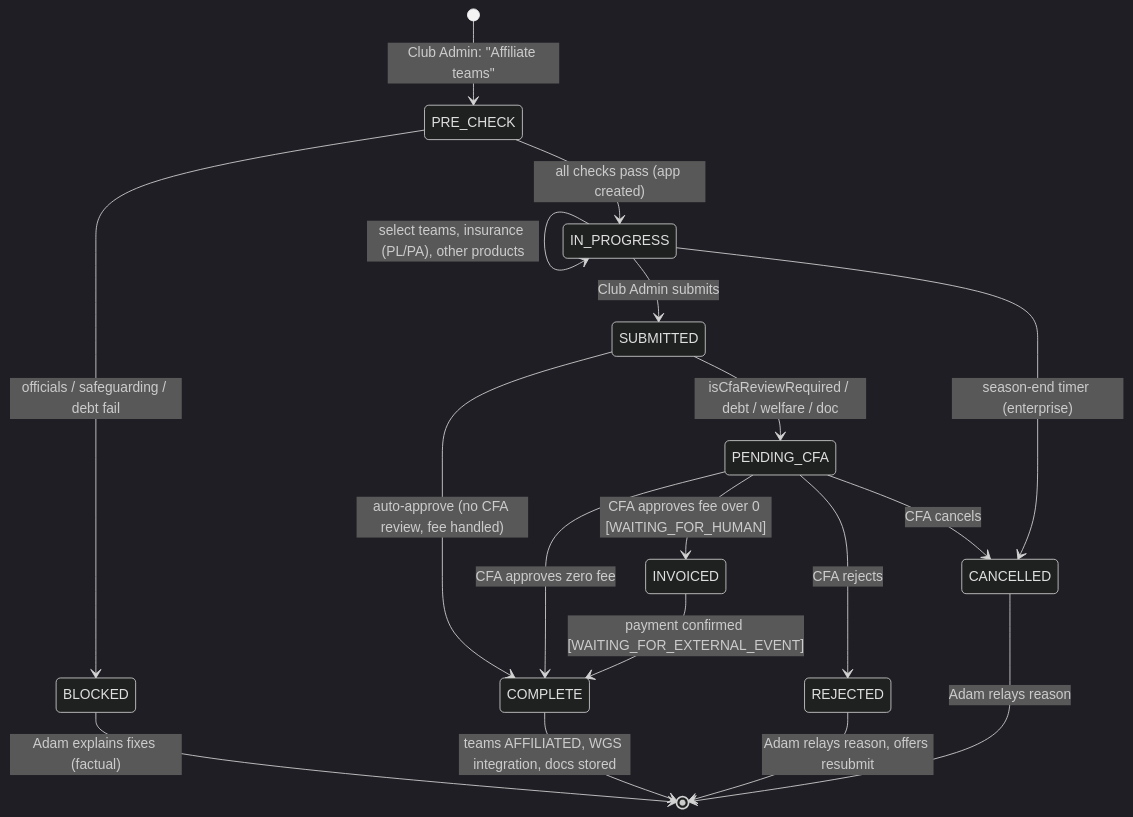
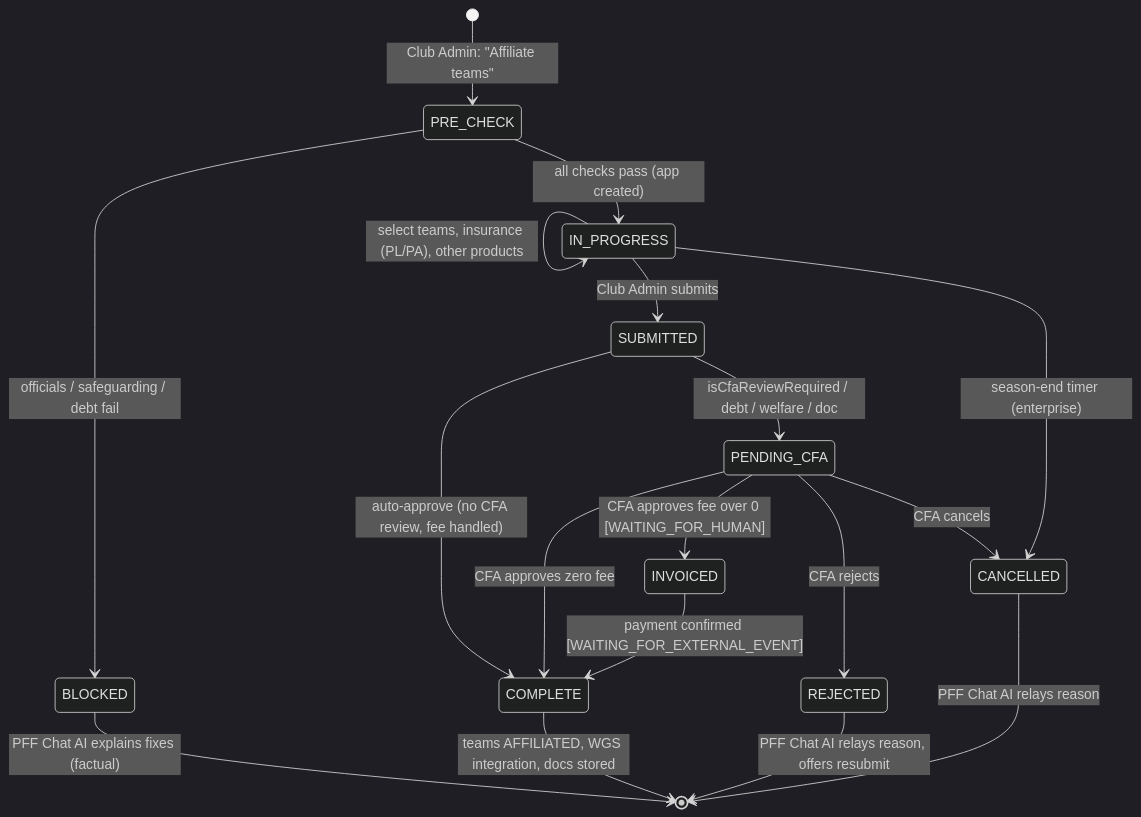
Diagram 34 of 38 in docs/ppt/c4-architecture-diagrams.md (gobimca87/PF-FT), drawn with Mermaid (dark theme) before and after one commit. The commit also changed other lines of this file and 203 other files, not shown here.

First line of the commit message:
refactor(persona): rename chat persona "Adam AI" to "PFF Chat AI" everywhere

````diff
--- a/docs/ppt/c4-architecture-diagrams.md
+++ b/docs/ppt/c4-architecture-diagrams.md
@@ -1834,20 +1834,20 @@
 ```mermaid
 stateDiagram-v2
     [*] --> PRE_CHECK: Club Admin: "Affiliate teams"
     PRE_CHECK --> BLOCKED: officials / safeguarding / debt fail
-    BLOCKED --> [*]: Adam explains fixes (factual)
+    BLOCKED --> [*]: PFF Chat AI explains fixes (factual)
     PRE_CHECK --> IN_PROGRESS: all checks pass (app created)
     IN_PROGRESS --> IN_PROGRESS: select teams, insurance (PL/PA), other products
     IN_PROGRESS --> SUBMITTED: Club Admin submits
     SUBMITTED --> COMPLETE: auto-approve (no CFA review, fee handled)
     SUBMITTED --> PENDING_CFA: isCfaReviewRequired / debt / welfare / doc
     PENDING_CFA --> INVOICED: CFA approves fee over 0 [WAITING_FOR_HUMAN]
     PENDING_CFA --> COMPLETE: CFA approves zero fee
     PENDING_CFA --> REJECTED: CFA rejects
     PENDING_CFA --> CANCELLED: CFA cancels
     INVOICED --> COMPLETE: payment confirmed [WAITING_FOR_EXTERNAL_EVENT]
     COMPLETE --> [*]: teams AFFILIATED, WGS integration, docs stored
-    REJECTED --> [*]: Adam relays reason, offers resubmit
-    CANCELLED --> [*]: Adam relays reason
+    REJECTED --> [*]: PFF Chat AI relays reason, offers resubmit
+    CANCELLED --> [*]: PFF Chat AI relays reason
     IN_PROGRESS --> CANCELLED: season-end timer (enterprise)
 ```
````
